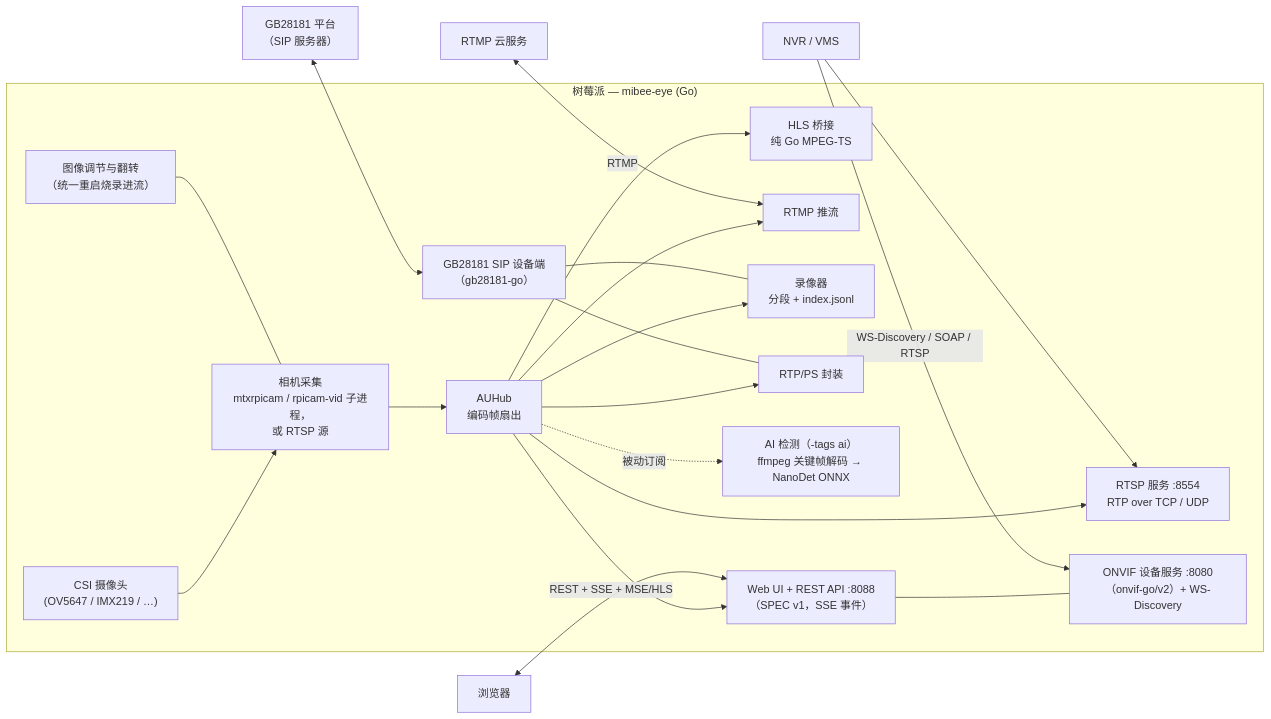
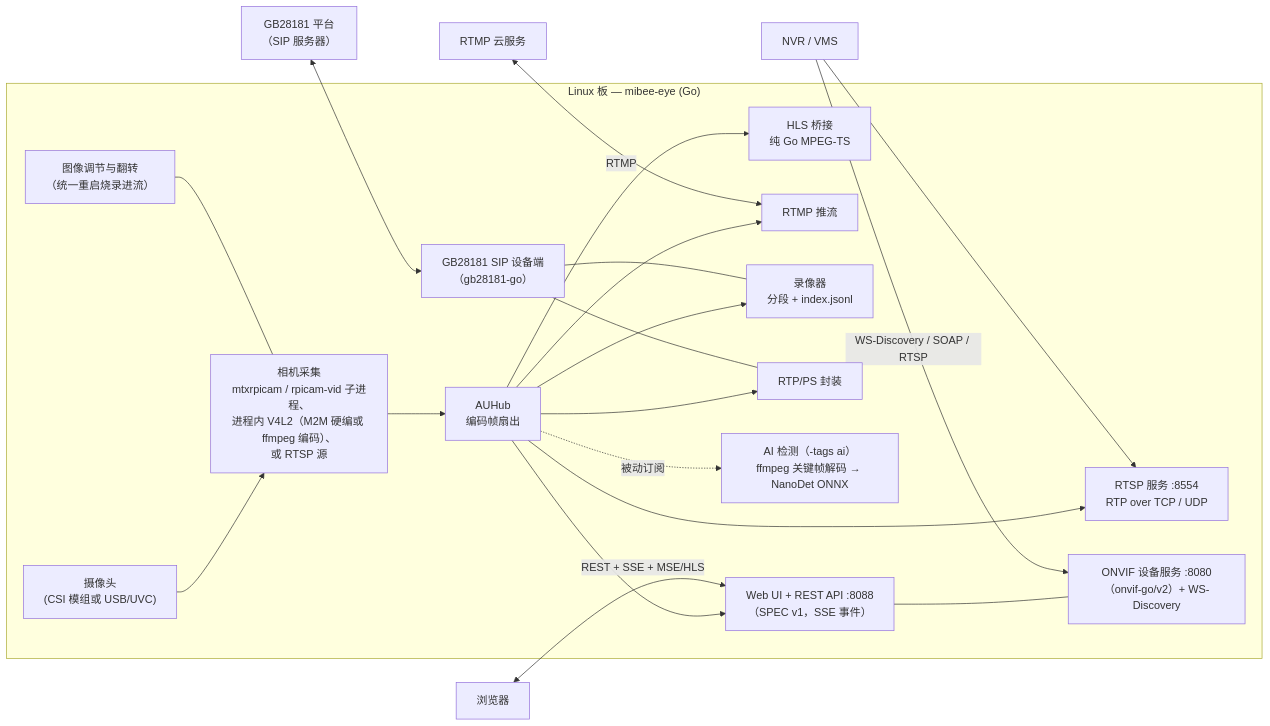
The first of 2 diagrams in README_zh.md (xiqing85/mibee-eye-go), drawn with Mermaid before and after one commit. The commit also changed other lines of this file and 18 other files, not shown here.

````diff
--- a/README_zh.md
+++ b/README_zh.md
@@ -154,43 +167,43 @@
 ```mermaid
 flowchart LR
-    subgraph device["树莓派 — mibee-eye (Go)"]
-        CAM["CSI 摄像头<br/>(OV5647 / IMX219 / …)"]
-        CAP["相机采集<br/>mtxrpicam / rpicam-vid 子进程，<br/>或 RTSP 源"]
+    subgraph device["Linux 板 — mibee-eye (Go)"]
+        CAM["摄像头<br/>(CSI 模组或 USB/UVC)"]
+        CAP["相机采集<br/>mtxrpicam / rpicam-vid 子进程、<br/>进程内 V4L2（M2M 硬编或 ffmpeg 编码）、<br/>或 RTSP 源"]
         IMG["图像调节与翻转<br/>（统一重启烧录进流）"]
         HUB["AUHub<br/>编码帧扇出"]
         RTSP["RTSP 服务 :8554<br/>RTP over TCP / UDP"]
         HLS["HLS 桥接<br/>纯 Go MPEG-TS"]
         RTMP["RTMP 推流"]
         REC["录像器<br/>分段 + index.jsonl"]
         PS["RTP/PS 封装"]
         GB["GB28181 SIP 设备端<br/>（gb28181-go）"]
         AI["AI 检测（-tags ai）<br/>ffmpeg 关键帧解码 → NanoDet ONNX"]
         WEB["Web UI + REST API :8088<br/>（SPEC v1，SSE 事件）"]
         ONVIF["ONVIF 设备服务 :8080<br/>（onvif-go/v2）+ WS-Discovery"]
 
         CAM --> CAP
         IMG --- CAP
         CAP --> HUB
         HUB --> RTSP
         HUB --> HLS
         HUB --> RTMP
         HUB --> REC
         HUB --> PS
         HUB --> WEB
         HUB -. "被动订阅" .-> AI
         GB --- PS
         GB --- REC
         WEB --- ONVIF
     end
 
     NVR["NVR / VMS"]
     PLAT["GB28181 平台<br/>（SIP 服务器）"]
     CLOUD["RTMP 云服务"]
     BROWSER["浏览器"]
 
     NVR -- "WS-Discovery / SOAP / RTSP" --> ONVIF
     NVR --> RTSP
     PLAT <--> GB
     CLOUD <-- "RTMP" --> RTMP
     BROWSER <-- "REST + SSE + MSE/HLS" --> WEB
 ```
````
